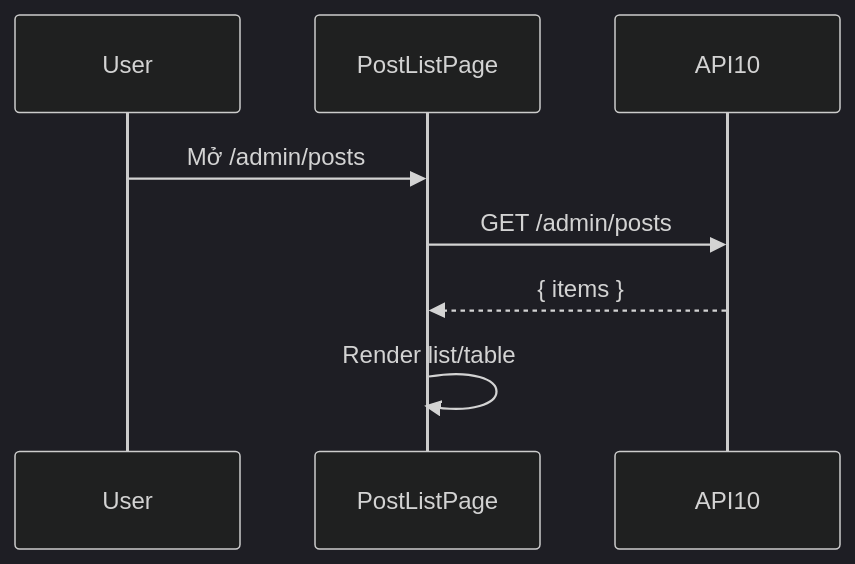
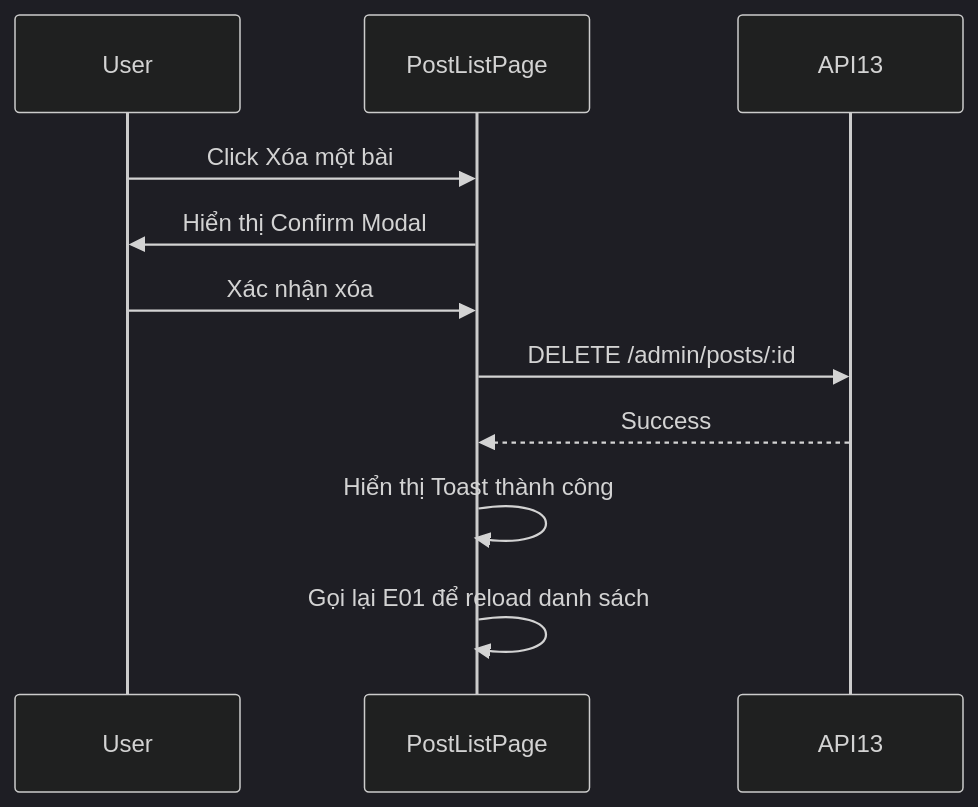
One commit to pmduc97/demo_ai_workspace changed the diagram in demo_docs/fe/[Design][SCREEN] ADMIN_POST_LIST_DanhSachBai.md. Above: the diagram before and after it, drawn with Mermaid (dark theme). The commit also changed other lines of this file and 52 other files, not shown here.

````diff
--- a/demo_docs/fe/[Design][SCREEN] ADMIN_POST_LIST_DanhSachBai.md
+++ b/demo_docs/fe/[Design][SCREEN] ADMIN_POST_LIST_DanhSachBai.md
@@ -105,10 +150,13 @@
 ```mermaid
 sequenceDiagram
   participant User
   participant UI as PostListPage
-  participant API as API10
-  User->>UI: Mở /admin/posts
-  UI->>API: GET /admin/posts
-  API-->>UI: { items }
-  UI->>UI: Render list/table
+  participant API as API13
+  User->>UI: Click Xóa một bài
+  UI->>User: Hiển thị Confirm Modal
+  User->>UI: Xác nhận xóa
+  UI->>API: DELETE /admin/posts/:id
+  API-->>UI: Success
+  UI->>UI: Hiển thị Toast thành công
+  UI->>UI: Gọi lại E01 để reload danh sách
 ```
````
